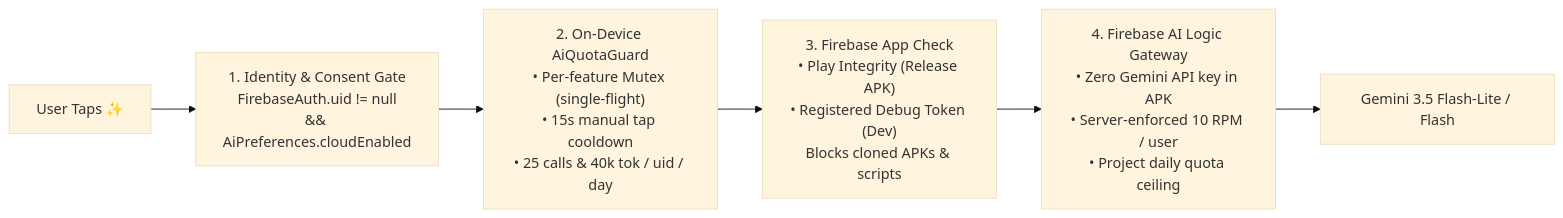
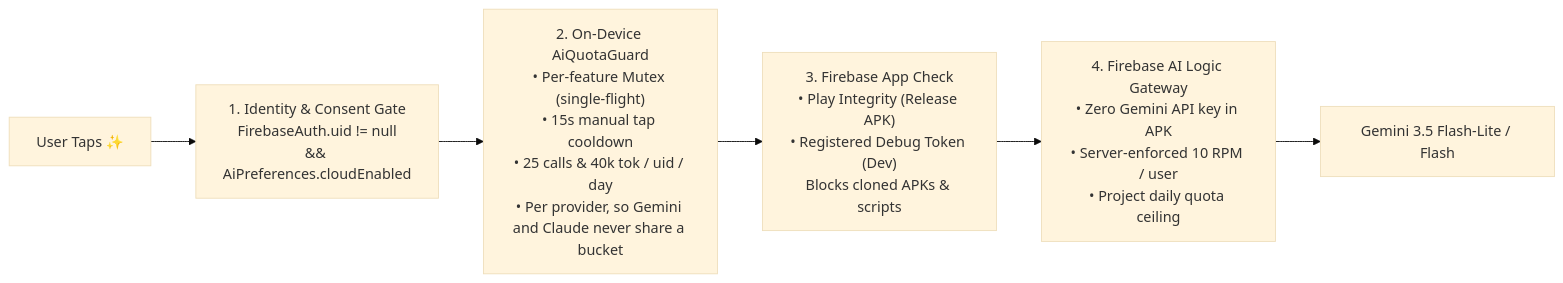
One commit to tellmemaya25-lang/Daymark changed the first of 5 diagrams in docs/02-daymark-ai-system-design.md. Above: the diagram before and after it, drawn with Mermaid (base theme). The commit also changed other lines of this file and 16 other files, not shown here.

First line of the commit message:
Fix: a spent Gemini day blocked the Claude fallback

````diff
--- a/docs/02-daymark-ai-system-design.md
+++ b/docs/02-daymark-ai-system-design.md
@@ -125,8 +125,8 @@
 ```mermaid
 flowchart LR
     Tap["User Taps ✨"] --> ID["1. Identity & Consent Gate<br/>FirebaseAuth.uid != null<br/>&& AiPreferences.cloudEnabled"]
-    ID --> QG["2. On-Device AiQuotaGuard<br/>• Per-feature Mutex (single-flight)<br/>• 15s manual tap cooldown<br/>• 25 calls & 40k tok / uid / day"]
+    ID --> QG["2. On-Device AiQuotaGuard<br/>• Per-feature Mutex (single-flight)<br/>• 15s manual tap cooldown<br/>• 25 calls & 40k tok / uid / day<br/>• Per provider, so Gemini and Claude never share a bucket"]
     QG --> AC["3. Firebase App Check<br/>• Play Integrity (Release APK)<br/>• Registered Debug Token (Dev)<br/>Blocks cloned APKs & scripts"]
     AC --> FGW["4. Firebase AI Logic Gateway<br/>• Zero Gemini API key in APK<br/>• Server-enforced 10 RPM / user<br/>• Project daily quota ceiling"]
     FGW --> LLM["Gemini 3.5 Flash-Lite / Flash"]
 ```
````
